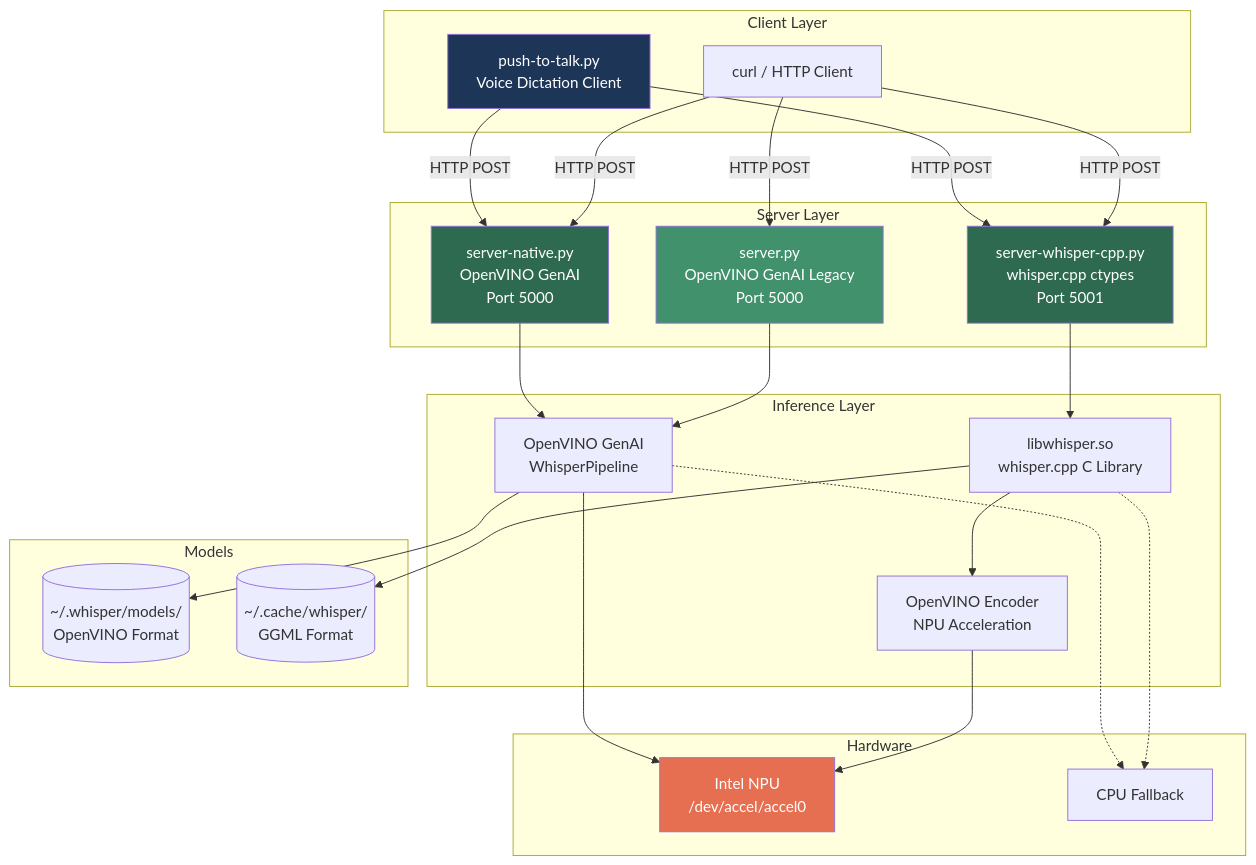
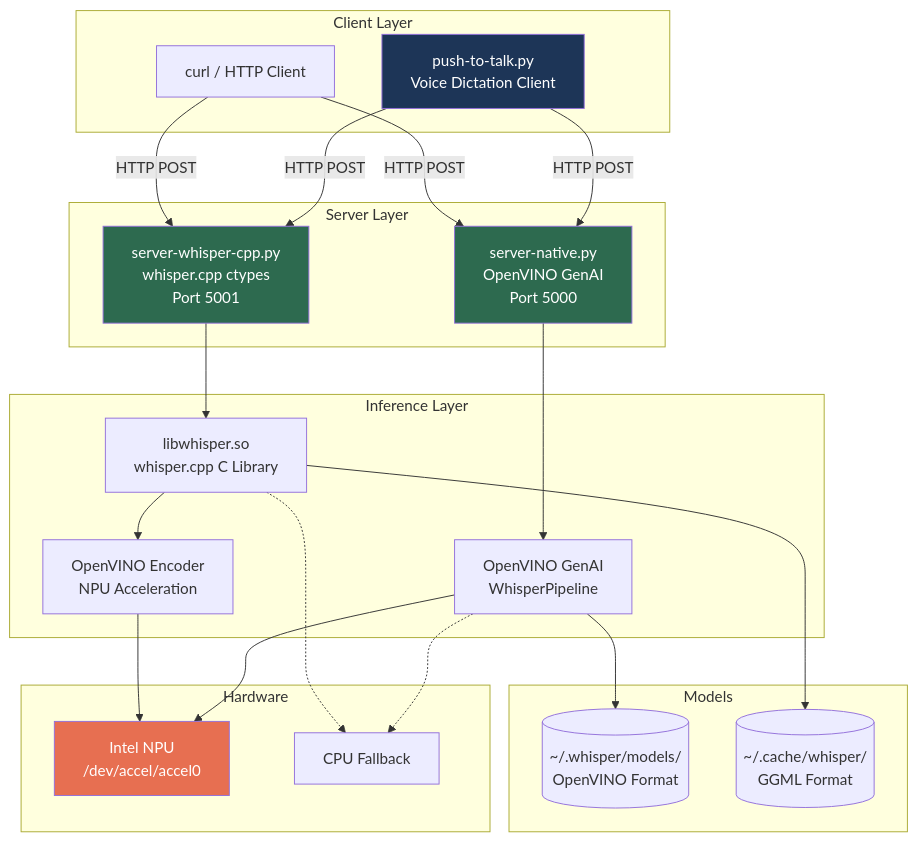
The first of 5 diagrams in README.md (dmzoneill/whisper-npu-wayland), drawn with Mermaid before and after one commit. The commit also changed other lines of this file and 2 other files, not shown here.

First line of the commit message:
Remove legacy server and update requirements

````diff
--- a/README.md
+++ b/README.md
@@ -57,54 +57,50 @@
 ```mermaid
 graph TB
     subgraph Client Layer
         PTT[push-to-talk.py<br/>Voice Dictation Client]
         CURL[curl / HTTP Client]
     end
 
     subgraph Server Layer
         SN[server-native.py<br/>OpenVINO GenAI<br/>Port 5000]
-        SL[server.py<br/>OpenVINO GenAI Legacy<br/>Port 5000]
         SC[server-whisper-cpp.py<br/>whisper.cpp ctypes<br/>Port 5001]
     end
 
     subgraph Inference Layer
         OV[OpenVINO GenAI<br/>WhisperPipeline]
         WC[libwhisper.so<br/>whisper.cpp C Library]
         OVE[OpenVINO Encoder<br/>NPU Acceleration]
     end
 
     subgraph Hardware
         NPU[Intel NPU<br/>/dev/accel/accel0]
         CPU[CPU Fallback]
     end
 
     subgraph Models
         OVM[(~/.whisper/models/<br/>OpenVINO Format)]
         GGML[(~/.cache/whisper/<br/>GGML Format)]
     end
 
     PTT -->|HTTP POST| SN
     PTT -->|HTTP POST| SC
     CURL -->|HTTP POST| SN
-    CURL -->|HTTP POST| SL
     CURL -->|HTTP POST| SC
 
     SN --> OV
-    SL --> OV
     SC --> WC
     WC --> OVE
 
     OV --> NPU
     OVE --> NPU
     OV -.-> CPU
     WC -.-> CPU
 
     OV --> OVM
     WC --> GGML
 
     style SN fill:#2d6a4f,color:#fff
     style SC fill:#2d6a4f,color:#fff
-    style SL fill:#40916c,color:#fff
     style PTT fill:#1d3557,color:#fff
     style NPU fill:#e76f51,color:#fff
 ```
````
